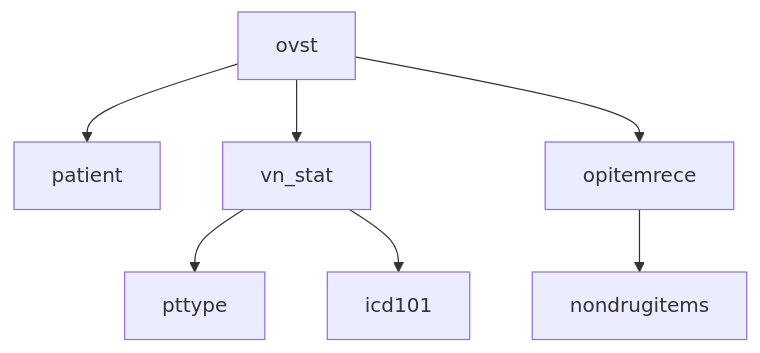
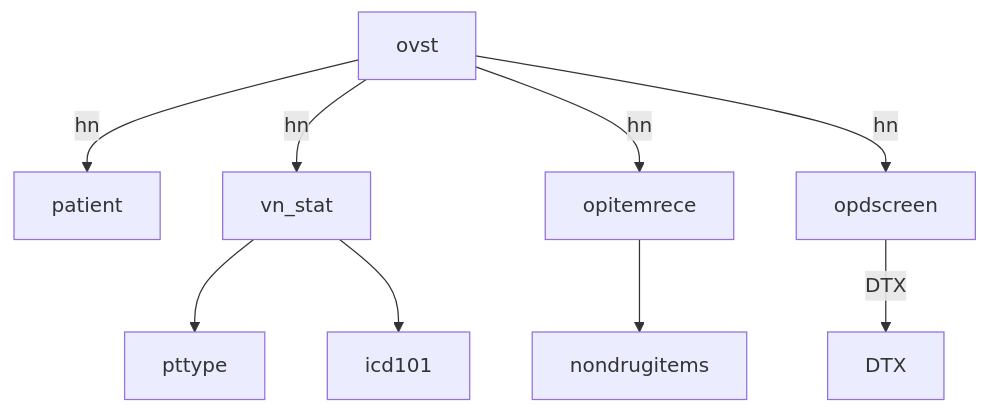
The diagram in README.md (ratchanon-noknoy2318/healthcare-sql-optimization-400k), drawn with Mermaid before and after one commit. The commit also changed other lines of this file, not shown here.

Commit message:
Enhance database relationships in README
Updated database relationships diagram with new connections.

````diff
--- a/README.md
+++ b/README.md
@@ -16,20 +17,25 @@
-```mermaid
+```mermaid id="h4n8cs"
 graph TD
 
     ovst["ovst"]
     patient["patient"]
     vn_stat["vn_stat"]
     pttype["pttype"]
     opitemrece["opitemrece"]
     nondrugitems["nondrugitems"]
     icd101["icd101"]
+    opdscreen["opdscreen"]
+    dtx["DTX"]
 
-    ovst --> patient
-    ovst --> vn_stat
-    ovst --> opitemrece
+    ovst -->|hn| patient
+    ovst -->|hn| vn_stat
+    ovst -->|hn| opitemrece
+    ovst -->|hn| opdscreen
 
     vn_stat --> pttype
     vn_stat --> icd101
 
     opitemrece --> nondrugitems
+
+    opdscreen -->|DTX| dtx
 ```
````
